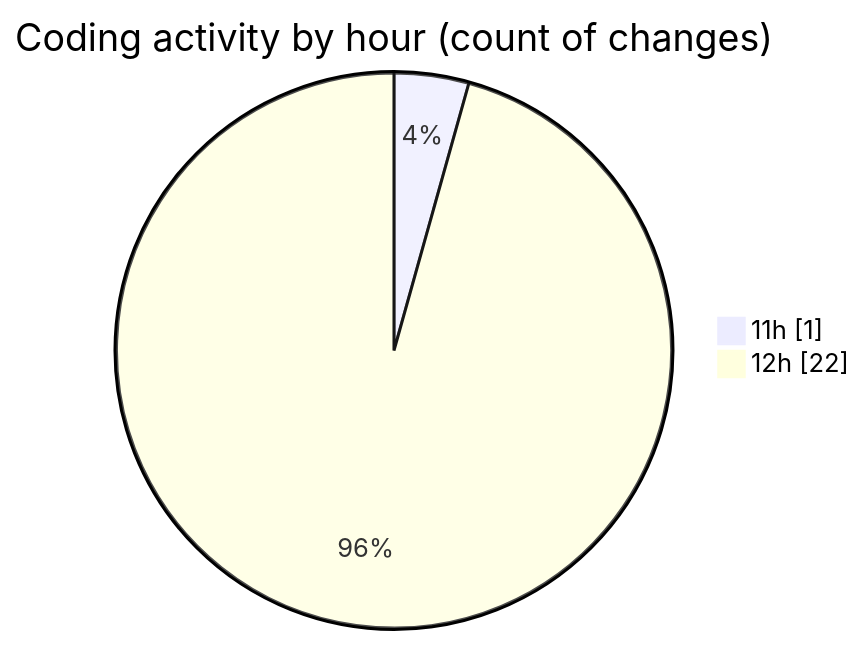
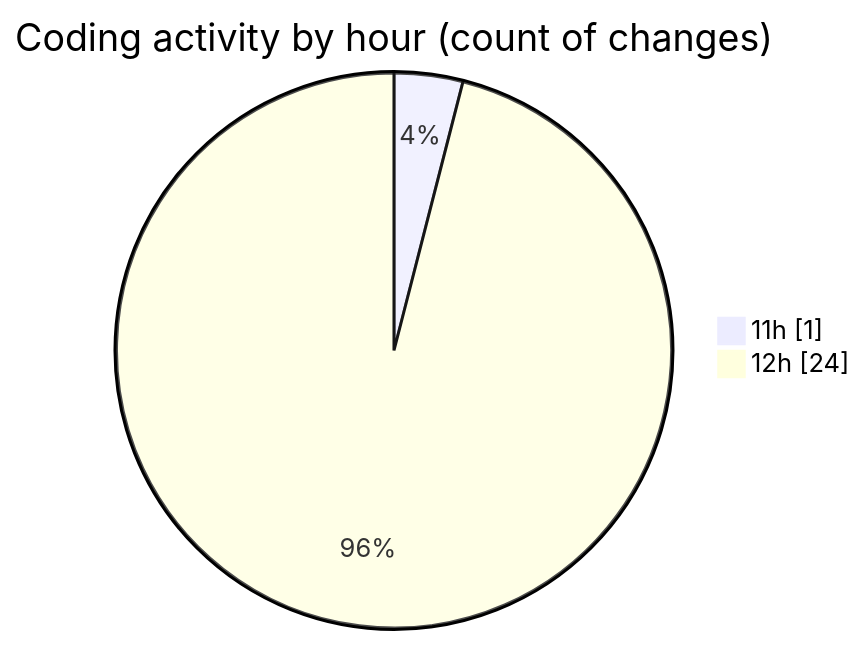
The second of 2 diagrams in 2025-07-25/nxtqube_webapp/README.md (nxtqubesakshisongat/code-tracking), drawn with Mermaid before and after one commit. The commit also changed other lines of this file and 1 other file, not shown here.

````diff
--- a/2025-07-25/nxtqube_webapp/README.md
+++ b/2025-07-25/nxtqube_webapp/README.md
@@ -35,6 +35,6 @@
 ```mermaid
 pie showData
 title Coding activity by hour (count of changes)
 "11h" : 1
-"12h" : 22
+"12h" : 24
 ```
````
